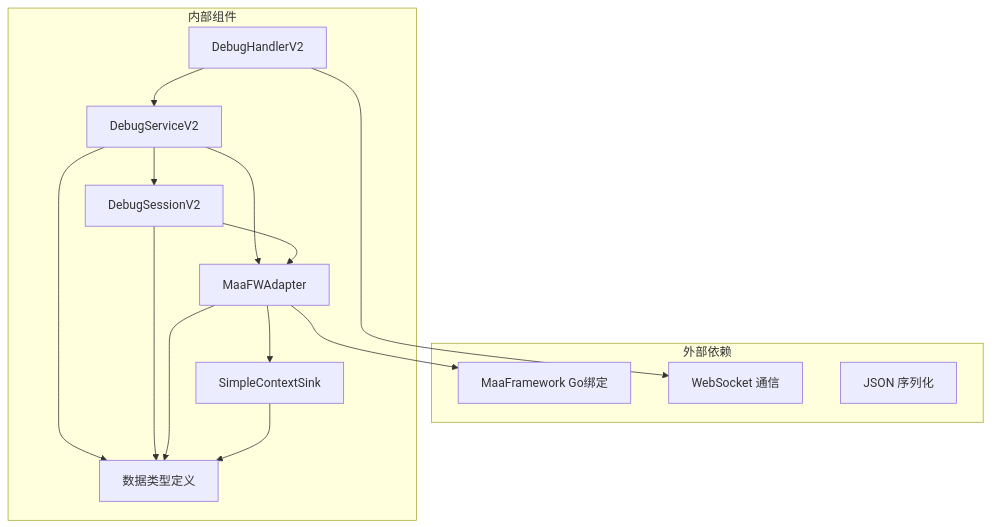
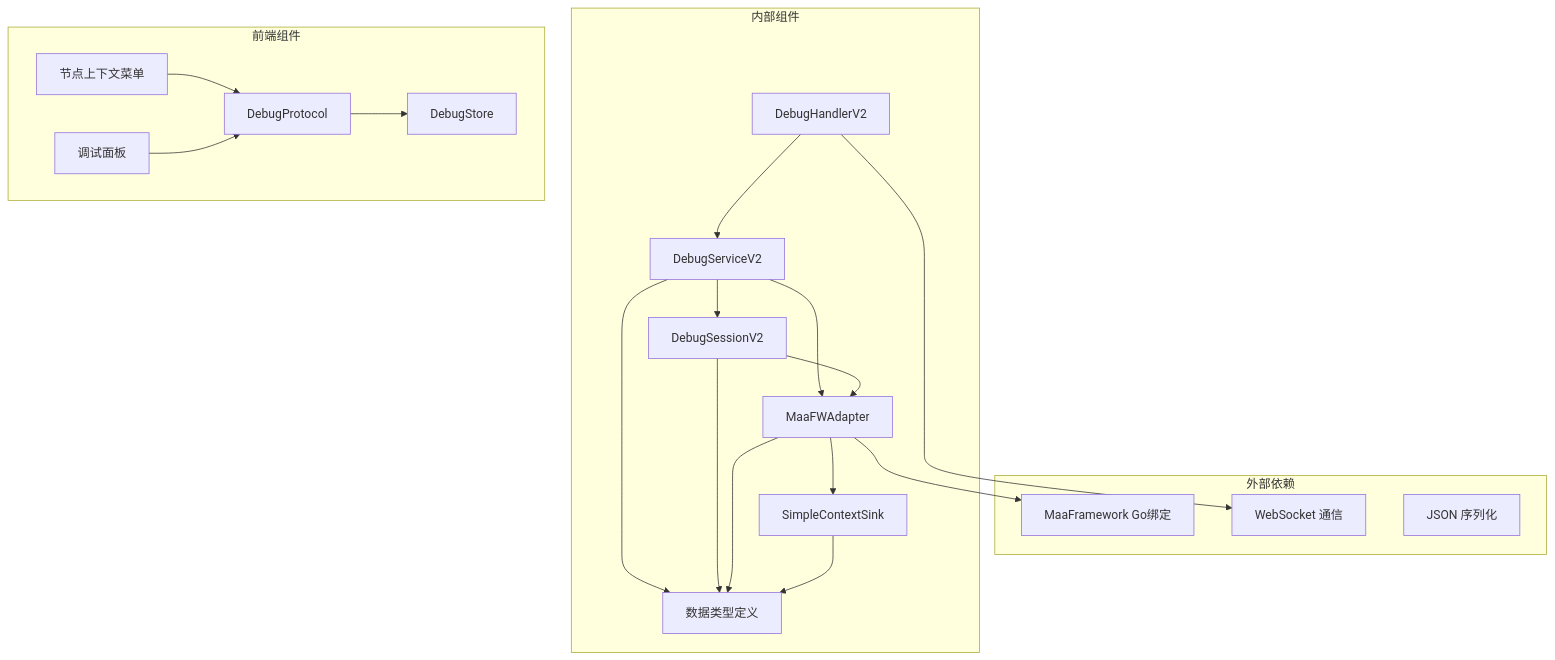
The ninth of 9 diagrams in .qoder/repowiki/zh/content/核心概念/调试服务 V2.md (kqcoxn/MaaPipelineEditor), drawn with Mermaid before and after one commit. The commit also changed other lines of this file and 23 other files, not shown here.

````diff
--- a/.qoder/repowiki/zh/content/核心概念/调试服务 V2.md
+++ b/.qoder/repowiki/zh/content/核心概念/调试服务 V2.md
@@ -356,27 +466,36 @@
 ```mermaid
 graph TB
 subgraph "外部依赖"
 MFW[MaaFramework Go绑定]
 WS[WebSocket 通信]
 JSON[JSON 序列化]
 end
 subgraph "内部组件"
 HandlerV2[DebugHandlerV2]
 ServiceV2[DebugServiceV2]
 SessionV2[DebugSessionV2]
 Adapter[MaaFWAdapter]
 Sink[SimpleContextSink]
 Types[数据类型定义]
 end
+subgraph "前端组件"
+DebugStore[DebugStore]
+DebugProtocol[DebugProtocol]
+NodeContextMenu[节点上下文菜单]
+DebugPanel[调试面板]
+end
 HandlerV2 --> ServiceV2
 ServiceV2 --> SessionV2
 ServiceV2 --> Adapter
 SessionV2 --> Adapter
 Adapter --> Sink
 Adapter --> MFW
 HandlerV2 --> WS
 ServiceV2 --> Types
 SessionV2 --> Types
 Adapter --> Types
 Sink --> Types
+DebugProtocol --> DebugStore
+NodeContextMenu --> DebugProtocol
+DebugPanel --> DebugProtocol
 ```
````
